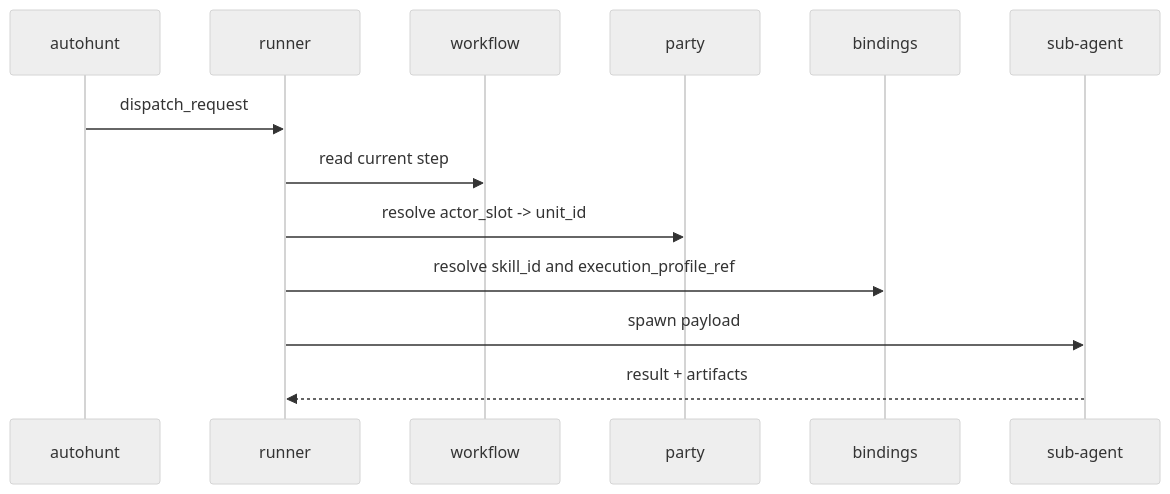
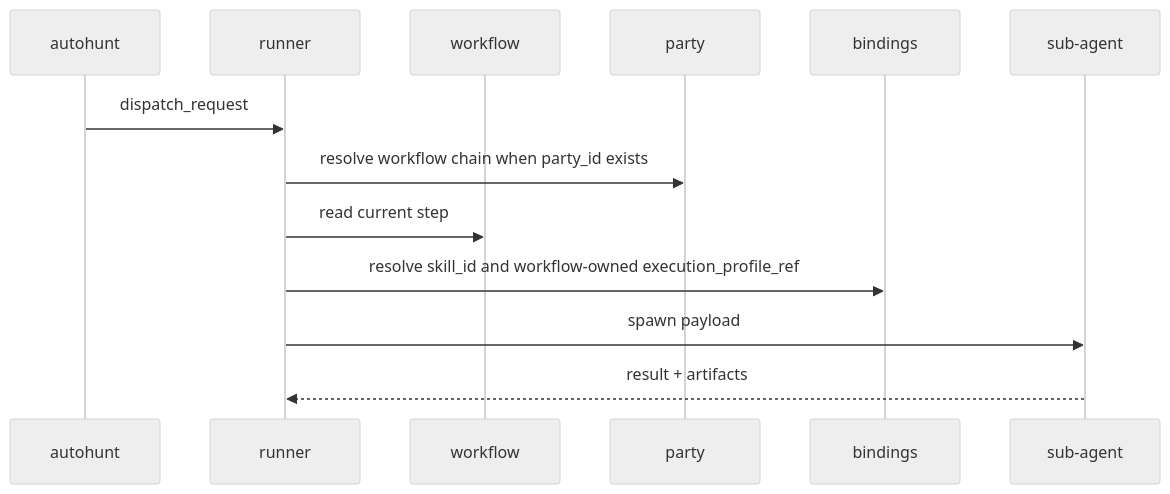
Before and after one commit to SungYongMOON/soulforge: the second of 2 diagrams in docs/architecture/workspace/RUNNER_EXECUTION_MODEL.md, drawn with Mermaid (neutral theme). The commit also changed other lines of this file and 91 other files, not shown here.

````diff
--- a/docs/architecture/workspace/RUNNER_EXECUTION_MODEL.md
+++ b/docs/architecture/workspace/RUNNER_EXECUTION_MODEL.md
@@ -34,15 +34,15 @@
 ```mermaid
 sequenceDiagram
   participant AH as autohunt
   participant RUN as runner
   participant WF as workflow
   participant PT as party
   participant BD as bindings
   participant SA as sub-agent
   AH->>RUN: dispatch_request
+  RUN->>PT: resolve workflow chain when party_id exists
   RUN->>WF: read current step
-  RUN->>PT: resolve actor_slot -> unit_id
-  RUN->>BD: resolve skill_id and execution_profile_ref
+  RUN->>BD: resolve skill_id and workflow-owned execution_profile_ref
   RUN->>SA: spawn payload
   SA-->>RUN: result + artifacts
 ```
````
